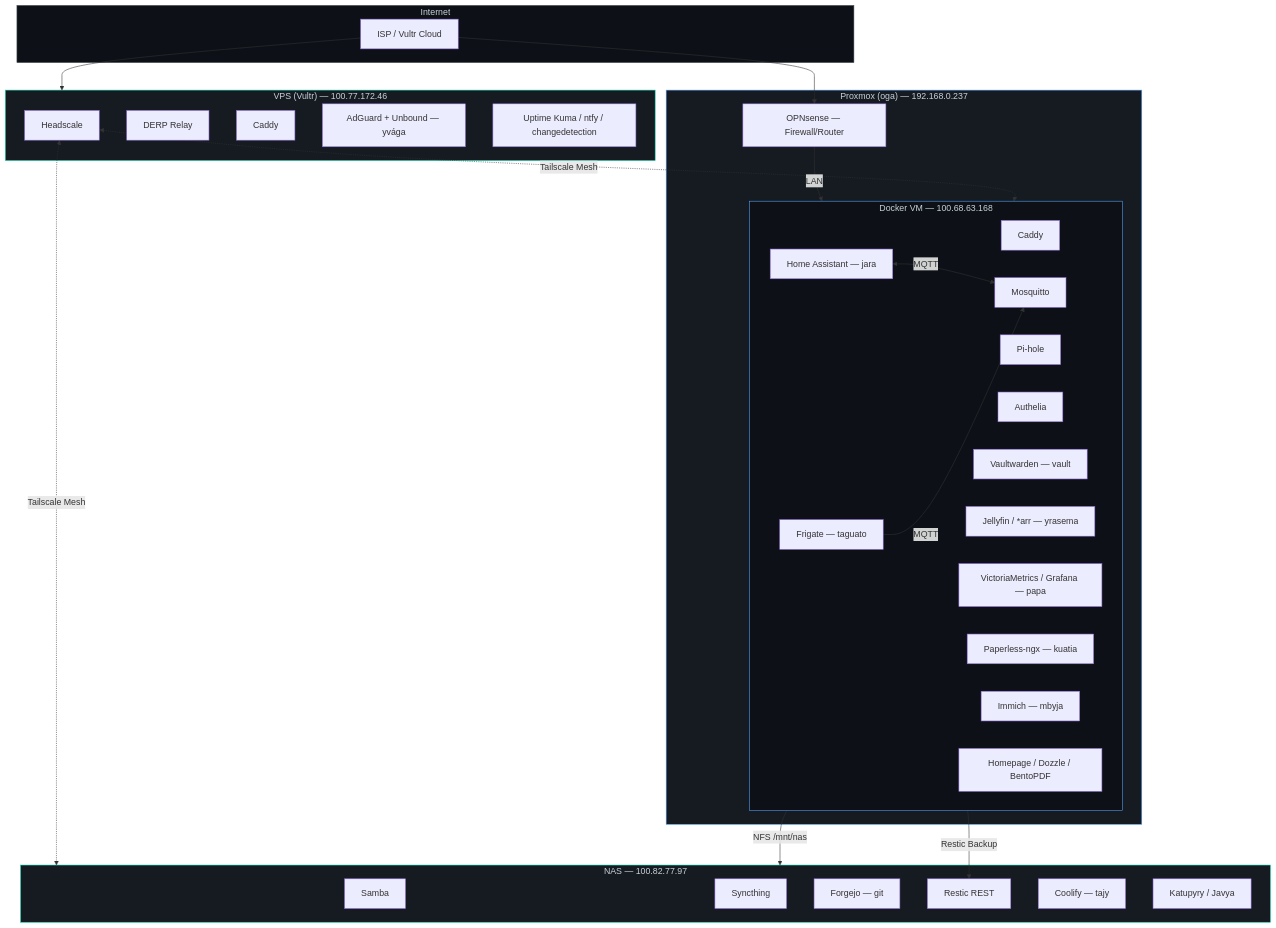
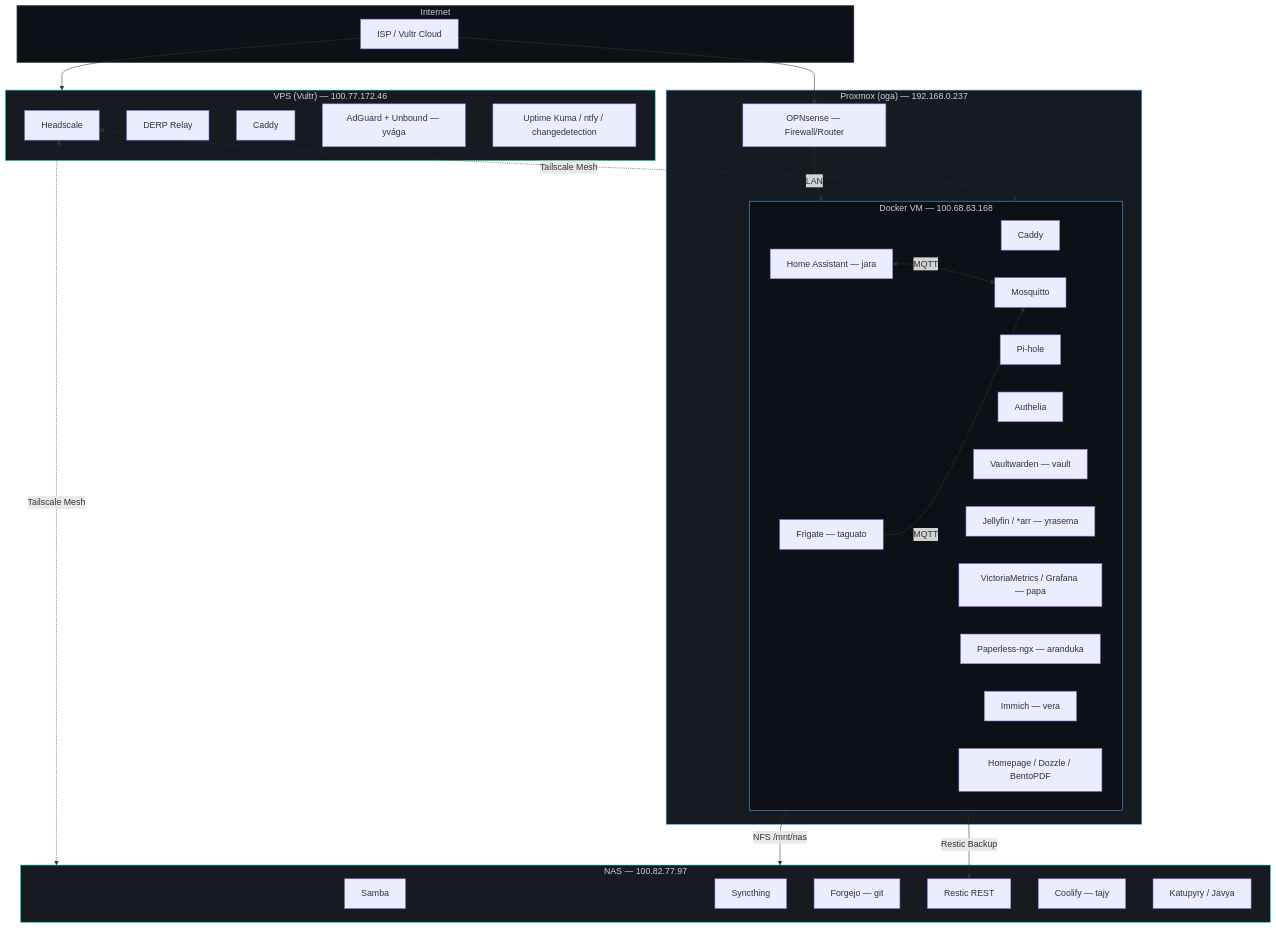
The diagram in docs/architecture/network-topology.md (ajhermosilla/homelab), drawn with Mermaid before and after one commit. The commit also changed 3 other files, not shown here.

````diff
--- a/docs/architecture/network-topology.md
+++ b/docs/architecture/network-topology.md
@@ -7,60 +7,60 @@
 ```mermaid
 graph TB
     subgraph Internet
         ISP[ISP / Vultr Cloud]
     end
 
     subgraph VPS["VPS (Vultr) — 100.77.172.46"]
         hs[Headscale]
         derp[DERP Relay]
         vps_caddy[Caddy]
         vps_pihole[AdGuard + Unbound — yvága]
         vps_mon[Uptime Kuma / ntfy / changedetection]
     end
 
     subgraph Proxmox["Proxmox (oga) — 192.168.0.237"]
         opnsense[OPNsense — Firewall/Router]
         subgraph DockerVM["Docker VM — 100.68.63.168"]
             caddy[Caddy]
             pihole[Pi-hole]
             authelia[Authelia]
             ha[Home Assistant — jara]
             mosquitto[Mosquitto]
             frigate[Frigate — taguato]
             vault[Vaultwarden — vault]
             media["Jellyfin / *arr — yrasema"]
             monitoring["VictoriaMetrics / Grafana — papa"]
-            paperless[Paperless-ngx — kuatia]
-            immich[Immich — mbyja]
+            paperless[Paperless-ngx — aranduka]
+            immich[Immich — vera]
             tools[Homepage / Dozzle / BentoPDF]
         end
     end
 
     subgraph NAS["NAS — 100.82.77.97"]
         samba[Samba]
         syncthing[Syncthing]
         forgejo[Forgejo — git]
         restic[Restic REST]
         coolify[Coolify — tajy]
         nas_apps[Katupyry / Javya]
     end
 
     ISP --> VPS
     ISP --> opnsense
     opnsense -->|LAN| DockerVM
 
     hs <-.->|Tailscale Mesh| DockerVM
     hs <-.->|Tailscale Mesh| NAS
 
     DockerVM -->|NFS /mnt/nas| NAS
     DockerVM -->|Restic Backup| restic
 
     ha <-->|MQTT| mosquitto
     frigate -->|MQTT| mosquitto
 
     style VPS fill:#161b22,stroke:#00d4aa,color:#c9d1d9
     style Proxmox fill:#161b22,stroke:#58a6ff,color:#c9d1d9
     style DockerVM fill:#0d1117,stroke:#58a6ff,color:#c9d1d9
     style NAS fill:#161b22,stroke:#00d4aa,color:#c9d1d9
     style Internet fill:#0d1117,stroke:#484f58,color:#c9d1d9
 ```
````
